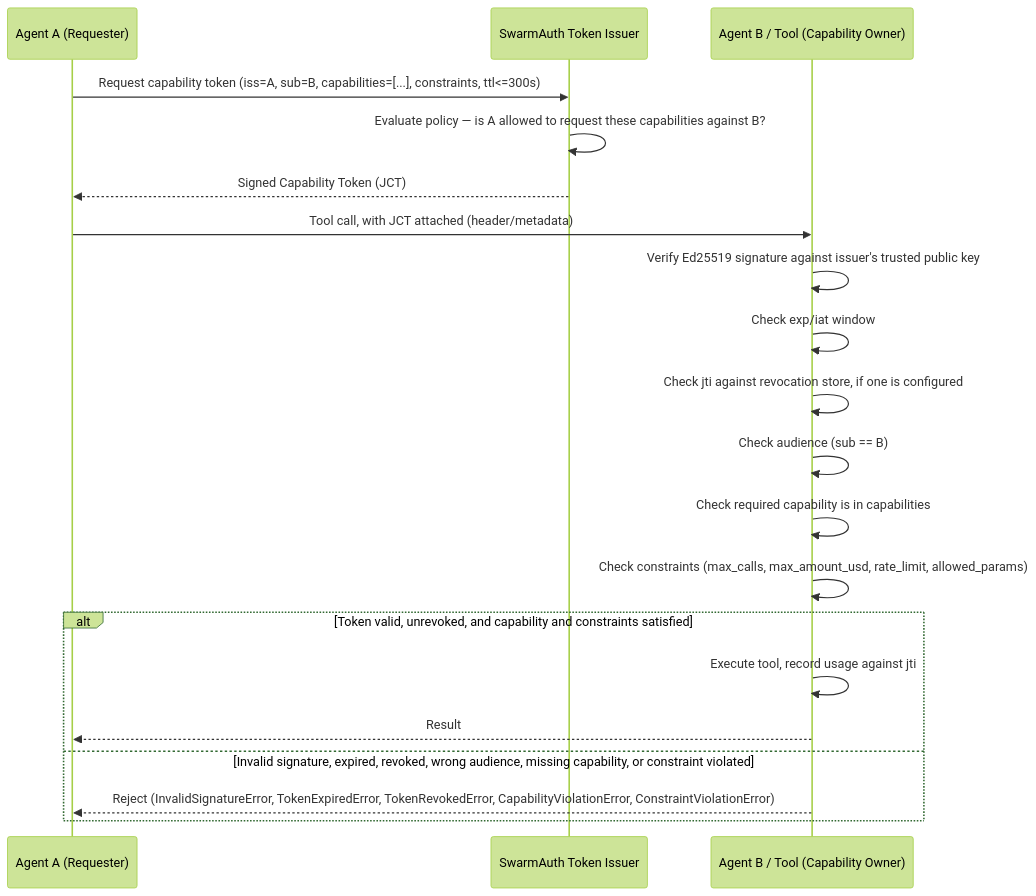
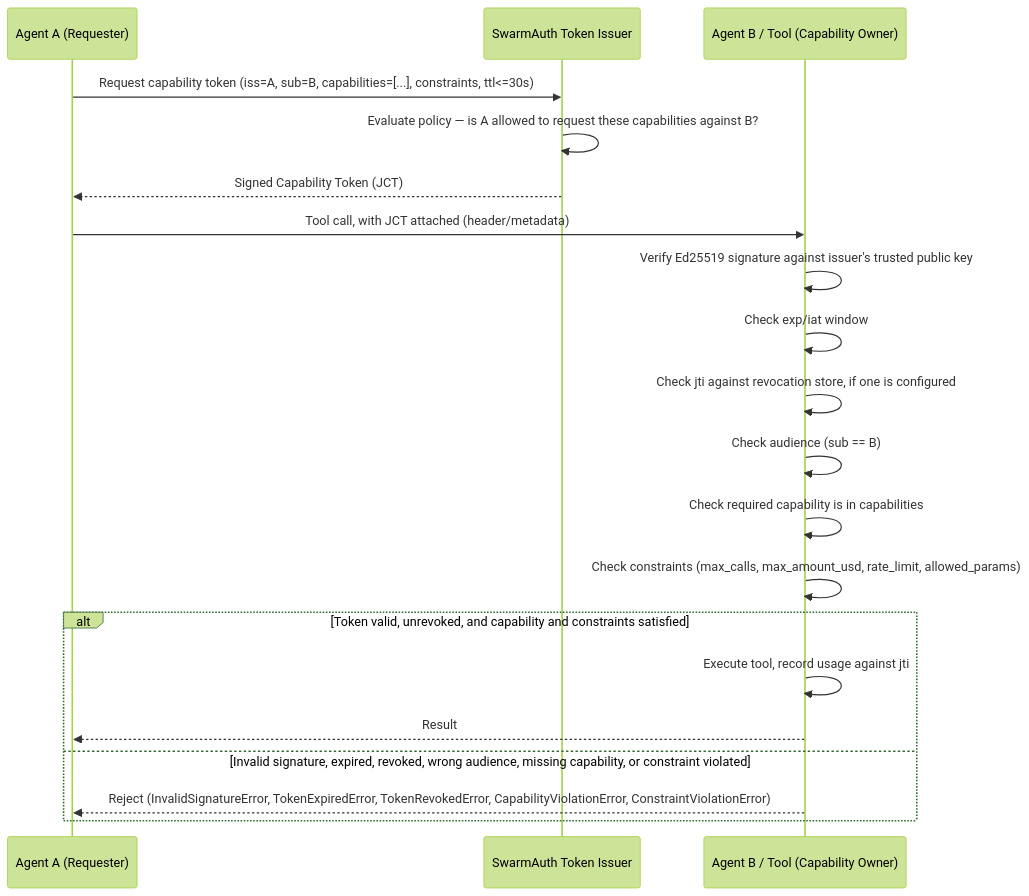
Before and after one commit to waspdrey/swarmauth: the diagram in SPEC.md, drawn with Mermaid (forest theme). The commit also changed other lines of this file and 20 other files, not shown here.

````diff
--- a/SPEC.md
+++ b/SPEC.md
@@ -187,23 +187,23 @@
 ```mermaid
 sequenceDiagram
     participant A as Agent A (Requester)
     participant I as SwarmAuth Token Issuer
     participant B as Agent B / Tool (Capability Owner)
 
-    A->>I: Request capability token (iss=A, sub=B, capabilities=[...], constraints, ttl<=300s)
+    A->>I: Request capability token (iss=A, sub=B, capabilities=[...], constraints, ttl<=30s)
     I->>I: Evaluate policy — is A allowed to request these capabilities against B?
     I-->>A: Signed Capability Token (JCT)
     A->>B: Tool call, with JCT attached (header/metadata)
     B->>B: Verify Ed25519 signature against issuer's trusted public key
     B->>B: Check exp/iat window
     B->>B: Check jti against revocation store, if one is configured
     B->>B: Check audience (sub == B)
     B->>B: Check required capability is in capabilities
     B->>B: Check constraints (max_calls, max_amount_usd, rate_limit, allowed_params)
     alt Token valid, unrevoked, and capability and constraints satisfied
         B->>B: Execute tool, record usage against jti
         B-->>A: Result
     else Invalid signature, expired, revoked, wrong audience, missing capability, or constraint violated
         B-->>A: Reject (InvalidSignatureError, TokenExpiredError, TokenRevokedError, CapabilityViolationError, ConstraintViolationError)
     end
 ```
````
